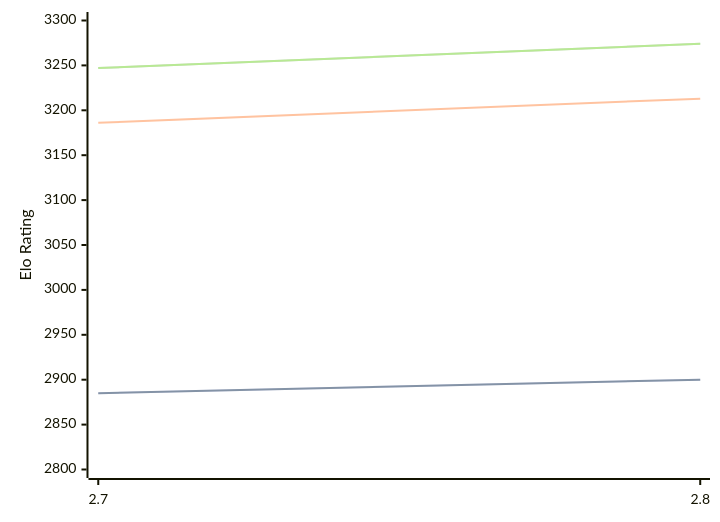
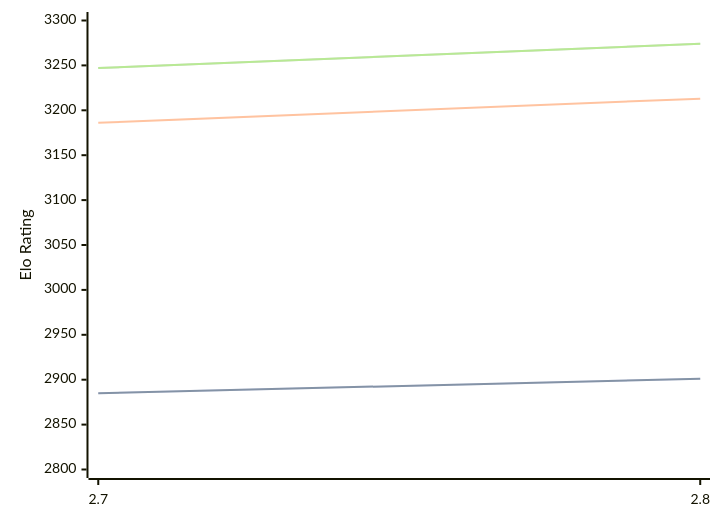
Before and after one commit to computer-chess-index/cci: the first of 3 diagrams in engines/Arcanum.md, drawn with Mermaid. The commit also changed other lines of this file, not shown here.

````diff
--- a/engines/Arcanum.md
+++ b/engines/Arcanum.md
@@ -44,11 +44,11 @@
 ```mermaid
 %%{init: {"theme":"base","themeVariables":{"seriesColors:['#a3a3a3','#222221','#faa371']}}}%%
 xychart-beta
   x-axis ["2.7", "2.8"]
   y-axis "Elo Rating" 2800 --> 3300
-  line "STC (8.0+0.08s)" [2885, 2900]
-  line "STC (8.0+0.08s)" [2885, 2900]
+  line "STC (8.0+0.08s)" [2885, 2901]
+  line "STC (8.0+0.08s)" [2885, 2901]
   line "LTC (60.0+0.60s)" [3186, 3213]
   line "VLTC (2m24s+1.12s)" [3247, 3274]
   line "VLTC (2m24s+1.12s)" [3247, 3274]
 ```
````
